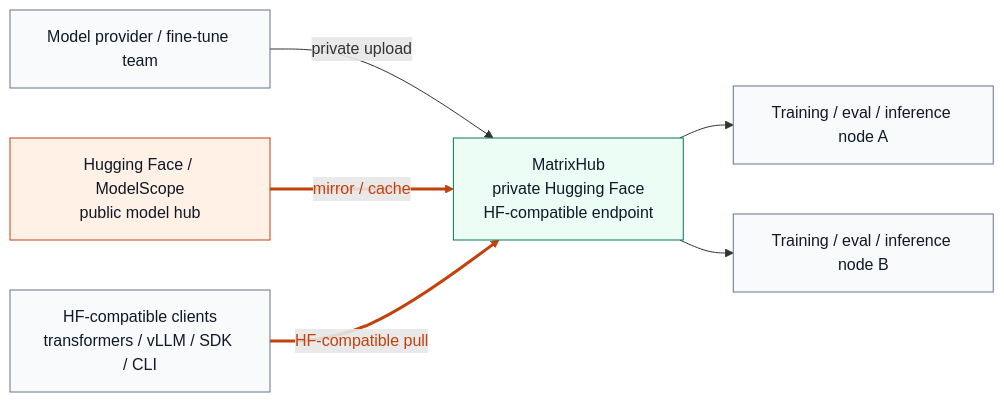
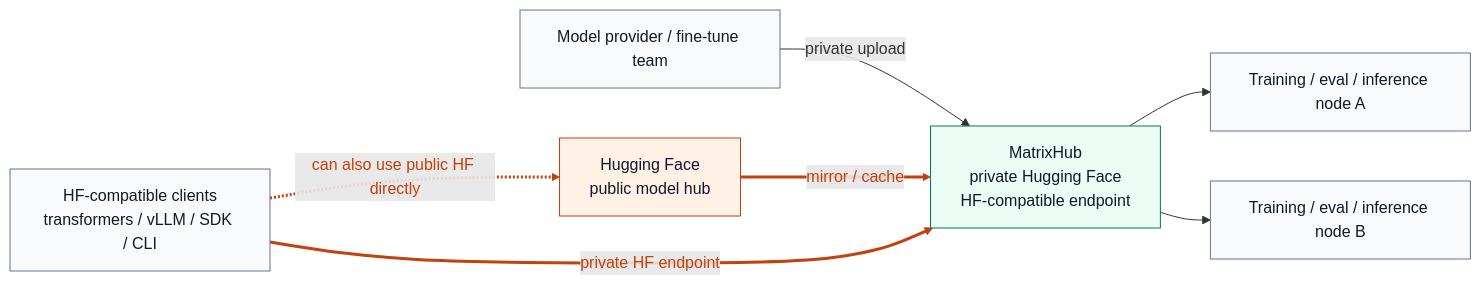
Before and after one commit to pacoxu/AI-Infra: the third of 4 diagrams in docs/inference/model-distribution-stack.md, drawn with Mermaid. The commit also changed other lines of this file and 1 other file, not shown here.

Commit message:
docs: fix HF and MatrixHub relationship in diagrams

````diff
--- a/docs/inference/model-distribution-stack.md
+++ b/docs/inference/model-distribution-stack.md
@@ -177,24 +180,25 @@
 ```mermaid
 flowchart LR
   classDef public fill:#fff1e6,stroke:#c2410c,color:#111827;
   classDef private fill:#ecfdf5,stroke:#047857,color:#111827;
   classDef client fill:#f8fafc,stroke:#64748b,color:#111827;
 
   DEV["Model provider / fine-tune team"]
-  HF["Hugging Face / ModelScope<br/>public model hub"]
+  HF["Hugging Face<br/>public model hub"]
   MX["MatrixHub<br/>private Hugging Face<br/>HF-compatible endpoint"]
   CLI["HF-compatible clients<br/>transformers / vLLM / SDK / CLI"]
   N1["Training / eval / inference node A"]
   N2["Training / eval / inference node B"]
 
   DEV -->|"private upload"| MX
   HF -->|"mirror / cache"| MX
-  CLI -->|"HF-compatible pull"| MX
+  CLI -. "can also use public HF directly" .-> HF
+  CLI -->|"private HF endpoint"| MX
   MX --> N1
   MX --> N2
 
   class HF public;
   class MX private;
   class DEV,CLI,N1,N2 client;
-  linkStyle 1,2 stroke:#c2410c,stroke-width:3px,color:#c2410c
+  linkStyle 1,2,3 stroke:#c2410c,stroke-width:3px,color:#c2410c
 ```
````
